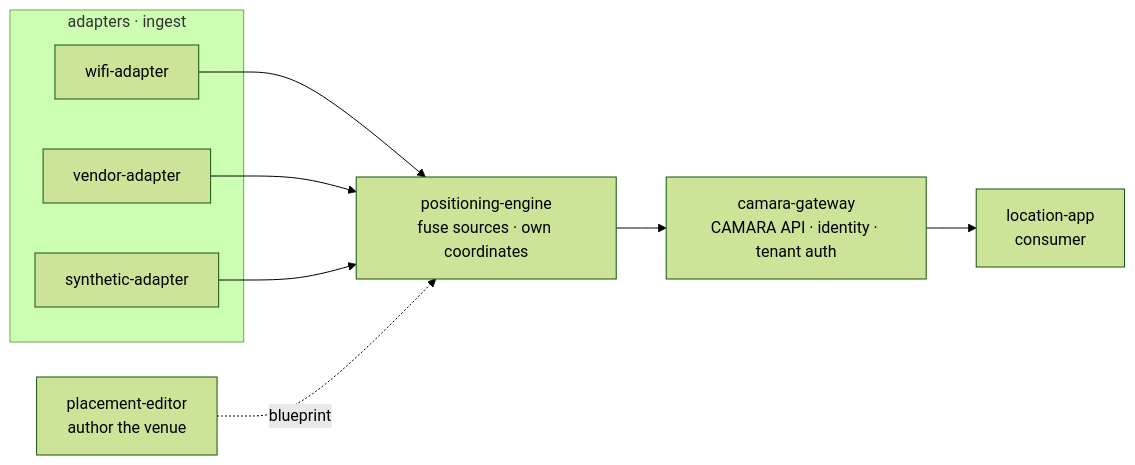
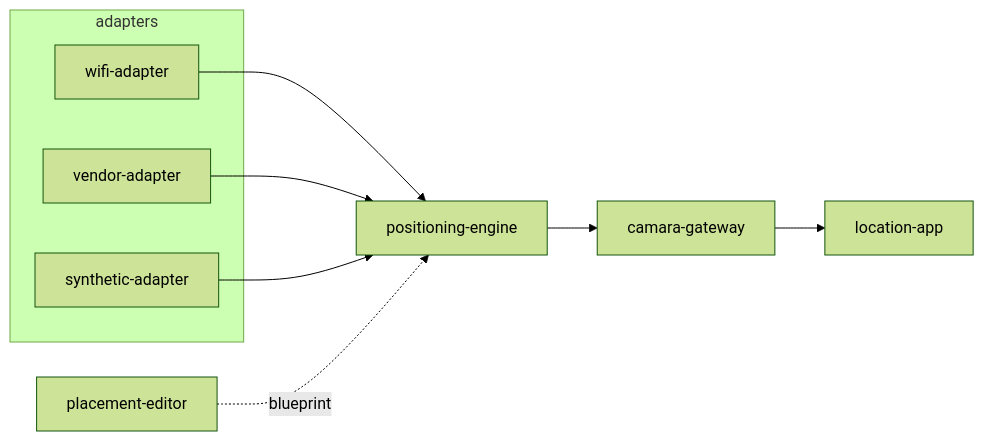
One commit to Jacobbista/5g-northbound changed the diagram in docs/overview.md. Above: the diagram before and after it, drawn with Mermaid (forest theme). The commit also changed other lines of this file and 3 other files, not shown here.

First line of the commit message:
docs: rewrite the overview, architecture and README against the current system

````diff
--- a/docs/overview.md
+++ b/docs/overview.md
@@ -22,14 +19,14 @@
 ```mermaid
 flowchart LR
-    subgraph adapters["adapters · ingest"]
+    subgraph sources["adapters"]
       W["wifi-adapter"]
       V["vendor-adapter"]
       S["synthetic-adapter"]
     end
     W --> E
     V --> E
     S --> E
-    E["positioning-engine<br/>fuse sources · own coordinates"] --> G
-    G["camara-gateway<br/>CAMARA API · identity · tenant auth"] --> C["location-app<br/>consumer"]
-    ED["placement-editor<br/>author the venue"] -. blueprint .-> E
+    E["positioning-engine"] --> G["camara-gateway"]
+    G --> C["location-app"]
+    ED["placement-editor"] -. blueprint .-> E
 ```
````
